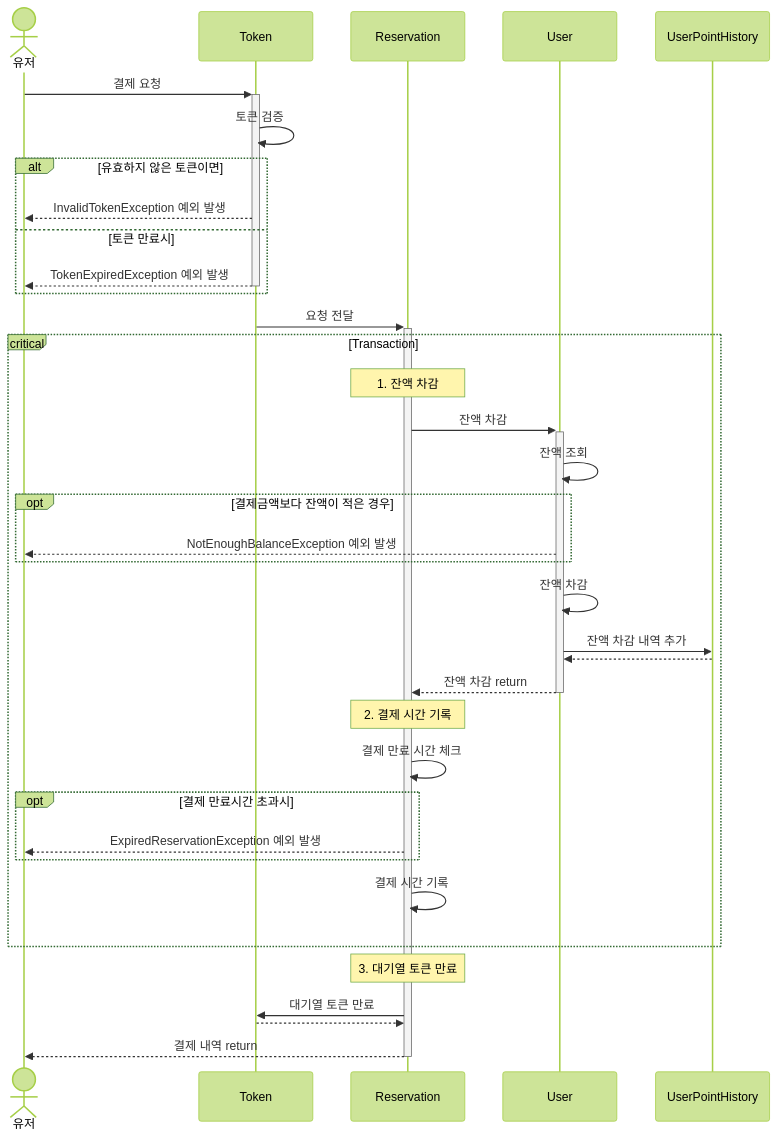
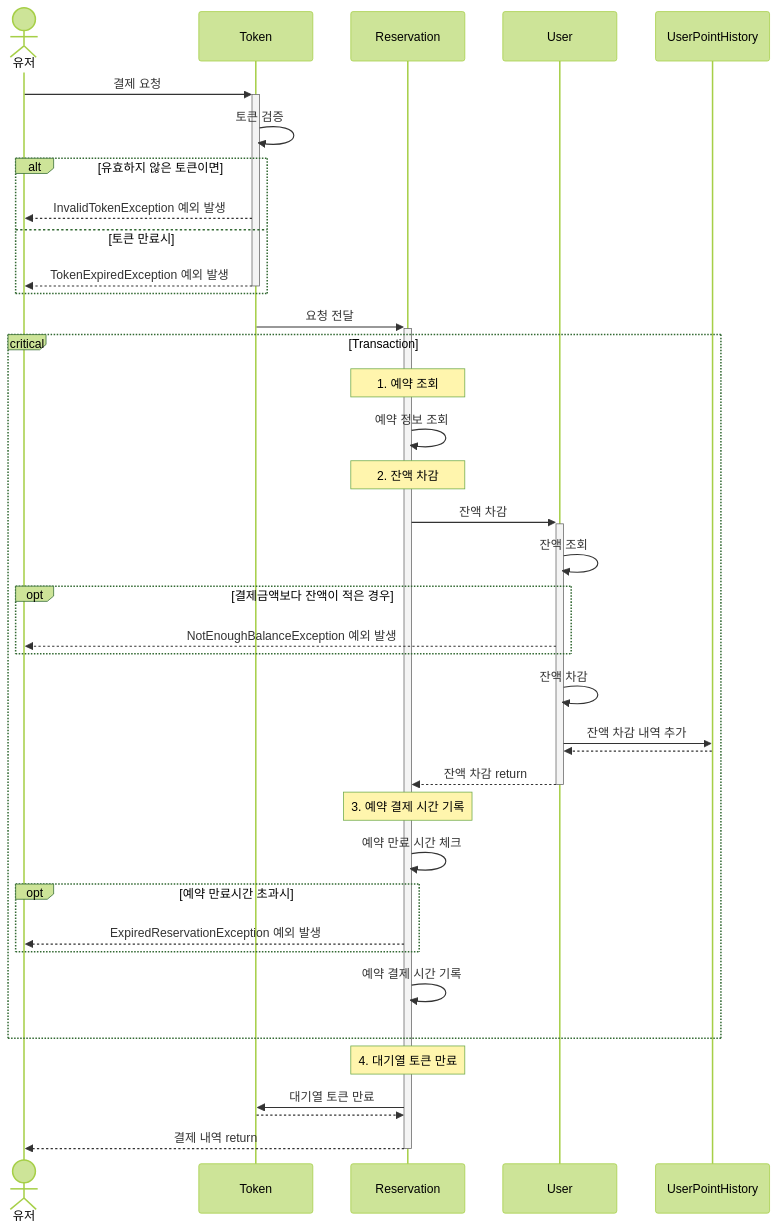
Before and after one commit to giwonn/hhplus-concert: diagram 11 of 11 in docs/sequence_diagram.md, drawn with Mermaid (forest theme). The commit also changed other lines of this file, not shown here.

Commit message:
docs: 시퀀스 다이어그램 변경

````diff
--- a/docs/sequence_diagram.md
+++ b/docs/sequence_diagram.md
@@ -219,42 +219,45 @@
 ```mermaid
 sequenceDiagram
    actor A1 as 유저
    participant Token as Token
    participant Reservation as Reservation
    participant User as User
    participant UserPointHistory as UserPointHistory
 
     A1 ->>+ Token: 결제 요청
     Token ->> Token: 토큰 검증
     alt 유효하지 않은 토큰이면
         Token -->> A1: InvalidTokenException 예외 발생
     else 토큰 만료시
         Token -->>- A1: TokenExpiredException 예외 발생
     end
     Token ->>+ Reservation: 요청 전달
     
     critical Transaction
-        note over Reservation: 1. 잔액 차감
+        note over Reservation: 1. 예약 조회
+            Reservation ->> Reservation: 예약 정보 조회
+            
+        note over Reservation: 2. 잔액 차감
         Reservation ->>+ User: 잔액 차감
         User ->> User: 잔액 조회
         opt 결제금액보다 잔액이 적은 경우
           User-->> A1: NotEnoughBalanceException 예외 발생
         end
         User ->> User: 잔액 차감
         User ->> UserPointHistory: 잔액 차감 내역 추가
         UserPointHistory -->> User: 
         User -->>- Reservation: 잔액 차감 return
-        
-        note over Reservation: 2. 결제 시간 기록
-        Reservation ->> Reservation: 결제 만료 시간 체크
-        opt 결제 만료시간 초과시
-          Reservation -->> A1: ExpiredReservationException 예외 발생
+
+        note over Reservation: 3. 예약 결제 시간 기록
+        Reservation ->> Reservation: 예약 만료 시간 체크
+        opt 예약 만료시간 초과시
+        Reservation -->> A1: ExpiredReservationException 예외 발생
         end
-        Reservation ->> Reservation: 결제 시간 기록
+        Reservation ->> Reservation: 예약 결제 시간 기록
     end
     
-    note over Reservation: 3. 대기열 토큰 만료
+    note over Reservation: 4. 대기열 토큰 만료
     Reservation ->> Token: 대기열 토큰 만료
     Token -->> Reservation: 
     Reservation -->>- A1: 결제 내역 return
 ```
````
